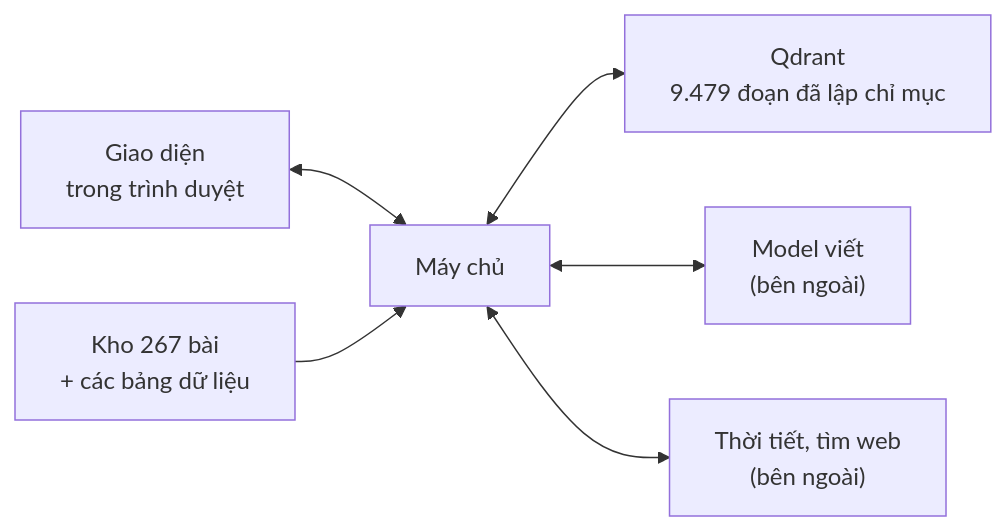
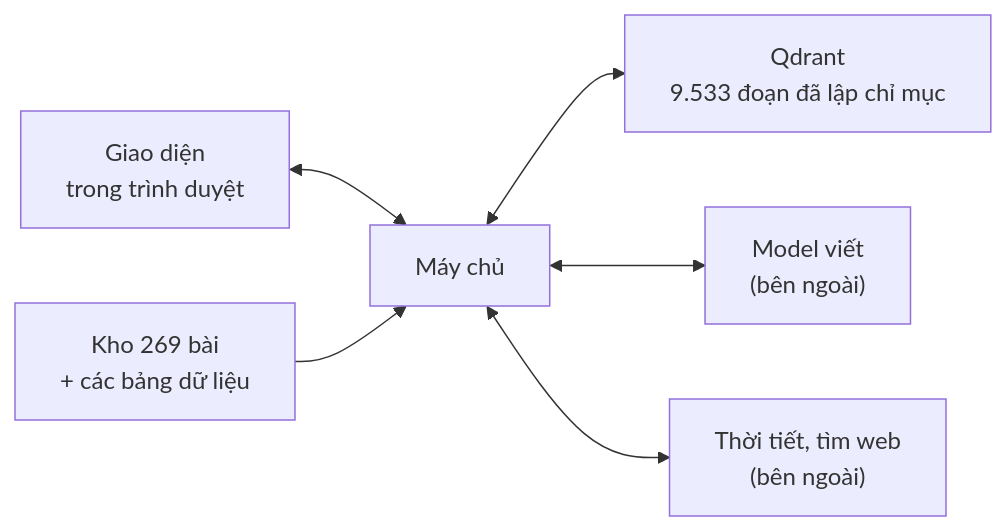
Before and after one commit to Sunny-sunnyy/chatbot-hue: the diagram in bai_hoc/giao_trinh/06_KIEN_TRUC.md, drawn with Mermaid. The commit also changed other lines of this file and 22 other files, not shown here.

````diff
--- a/bai_hoc/giao_trinh/06_KIEN_TRUC.md
+++ b/bai_hoc/giao_trinh/06_KIEN_TRUC.md
@@ -45,8 +45,8 @@
 ```mermaid
 flowchart LR
   U["Giao diện<br/>trong trình duyệt"] <--> S["Máy chủ"]
-  S <--> Q["Qdrant<br/>9.479 đoạn đã lập chỉ mục"]
-  K["Kho 267 bài<br/>+ các bảng dữ liệu"] --> S
+  S <--> Q["Qdrant<br/>9.533 đoạn đã lập chỉ mục"]
+  K["Kho 269 bài<br/>+ các bảng dữ liệu"] --> S
   S <--> M["Model viết<br/>(bên ngoài)"]
   S <--> X["Thời tiết, tìm web<br/>(bên ngoài)"]
 ```
````
